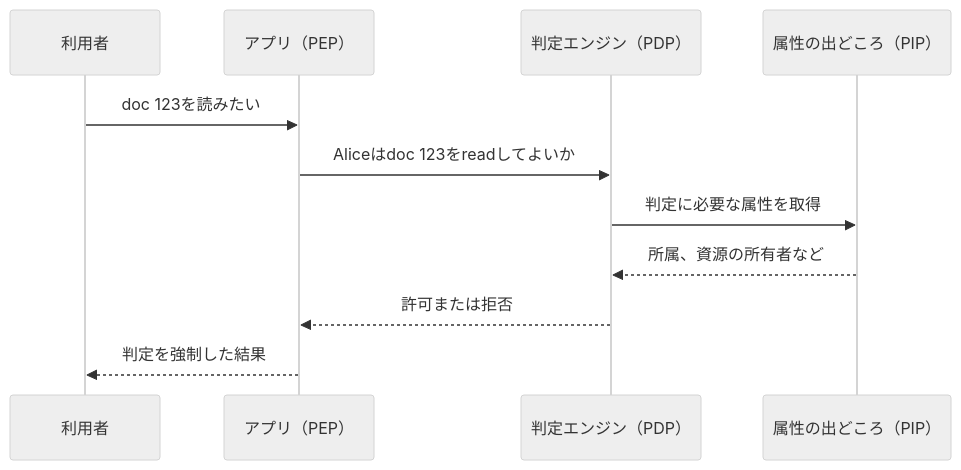
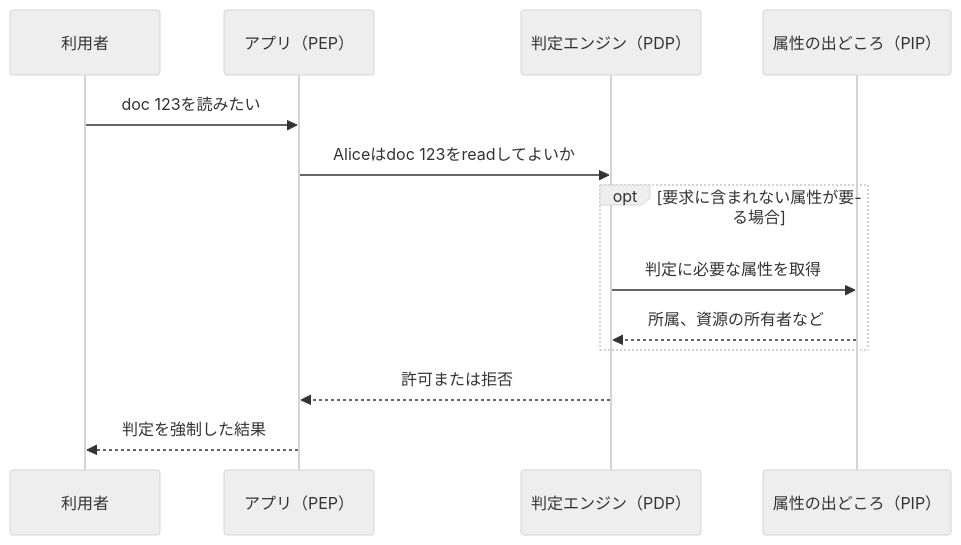
Before and after one commit to bmf-san/bmf-tech: the fourth of 4 diagrams in content/ja/posts/authorization-platform-scope-stages.md, drawn with Mermaid (neutral theme). The commit also changed other lines of this file and 1 other file, not shown here.

First line of the commit message:
fix: 認可基盤の範囲の記事のまとめ・表・図を本文の限定に合わせる

````diff
--- a/content/ja/posts/authorization-platform-scope-stages.md
+++ b/content/ja/posts/authorization-platform-scope-stages.md
@@ -229,13 +230,15 @@
 ```mermaid
 sequenceDiagram
   participant U as 利用者
   participant PEP as アプリ（PEP）
   participant PDP as 判定エンジン（PDP）
   participant PIP as 属性の出どころ（PIP）
   U->>PEP: doc 123を読みたい
   PEP->>PDP: Aliceはdoc 123をreadしてよいか
-  PDP->>PIP: 判定に必要な属性を取得
-  PIP-->>PDP: 所属、資源の所有者など
+  opt 要求に含まれない属性が要る場合
+    PDP->>PIP: 判定に必要な属性を取得
+    PIP-->>PDP: 所属、資源の所有者など
+  end
   PDP-->>PEP: 許可または拒否
   PEP-->>U: 判定を強制した結果
 ```
````
